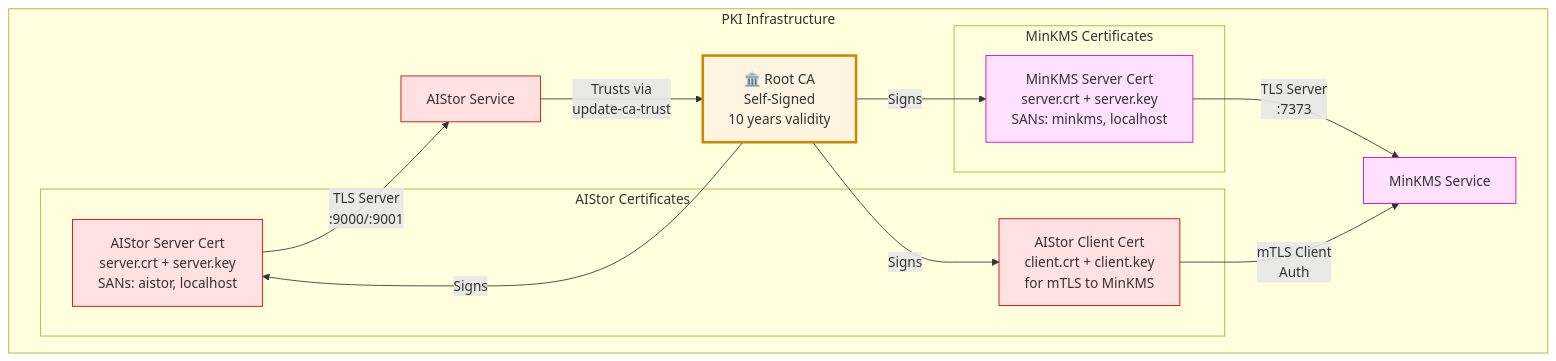
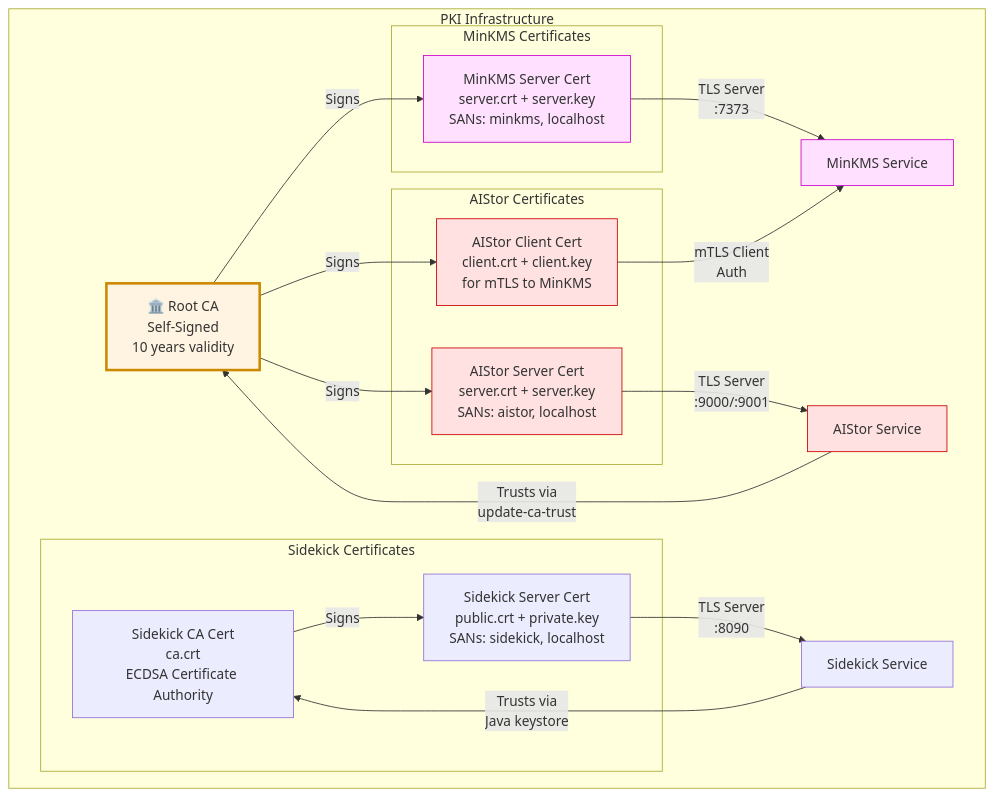
One commit to vb140772/spark-s3a-sse-kms-issue changed the third of 3 diagrams in README.md. Above: the diagram before and after it, drawn with Mermaid. The commit also changed other lines of this file and 12 other files, not shown here.

````diff
--- a/README.md
+++ b/README.md
@@ -189,32 +191,40 @@
 ```mermaid
 graph TD
     subgraph PKI["PKI Infrastructure"]
         CA[🏛️ Root CA<br/>Self-Signed<br/>10 years validity]
         
         subgraph MinKMS_Certs["MinKMS Certificates"]
             MKS[MinKMS Server Cert<br/>server.crt + server.key<br/>SANs: minkms, localhost]
         end
         
         subgraph AIStor_Certs["AIStor Certificates"]
             ASS[AIStor Server Cert<br/>server.crt + server.key<br/>SANs: aistor, localhost]
             ASC[AIStor Client Cert<br/>client.crt + client.key<br/>for mTLS to MinKMS]
         end
         
+        subgraph Sidekick_Certs["Sidekick Certificates"]
+            SKC[Sidekick CA Cert<br/>ca.crt<br/>ECDSA Certificate Authority]
+            SKS[Sidekick Server Cert<br/>public.crt + private.key<br/>SANs: sidekick, localhost]
+        end
+        
         CA -->|Signs| MKS
         CA -->|Signs| ASS
         CA -->|Signs| ASC
+        SKC -->|Signs| SKS
         
         MKS -->|"TLS Server<br/>:7373"| MKSERV[MinKMS Service]
         ASC -->|"mTLS Client<br/>Auth"| MKSERV
         ASS -->|"TLS Server<br/>:9000/:9001"| ASSERV[AIStor Service]
         
         ASSERV -->|"Trusts via<br/>update-ca-trust"| CA
+        SKS -->|"TLS Server<br/>:8090"| SKERV[Sidekick Service]
+        SKERV -->|"Trusts via<br/>Java keystore"| SKC
     end
     
     style CA fill:#fff4e1,stroke:#cc8800,stroke-width:3px
     style MKS fill:#ffe1ff,stroke:#cc00cc
     style ASS fill:#ffe1e1,stroke:#cc0000
     style ASC fill:#ffe1e1,stroke:#cc0000
     style MKSERV fill:#ffe1ff,stroke:#cc00cc
     style ASSERV fill:#ffe1e1,stroke:#cc0000
 ```
````
